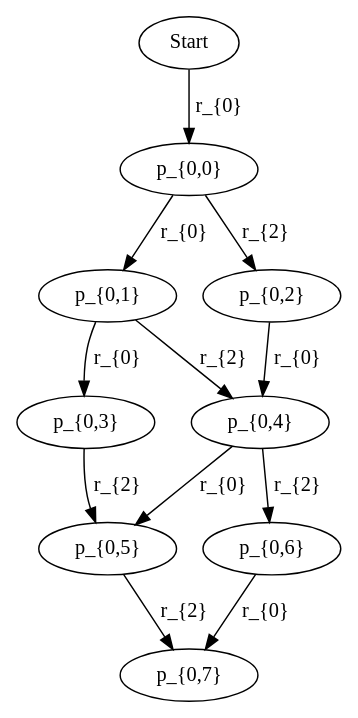
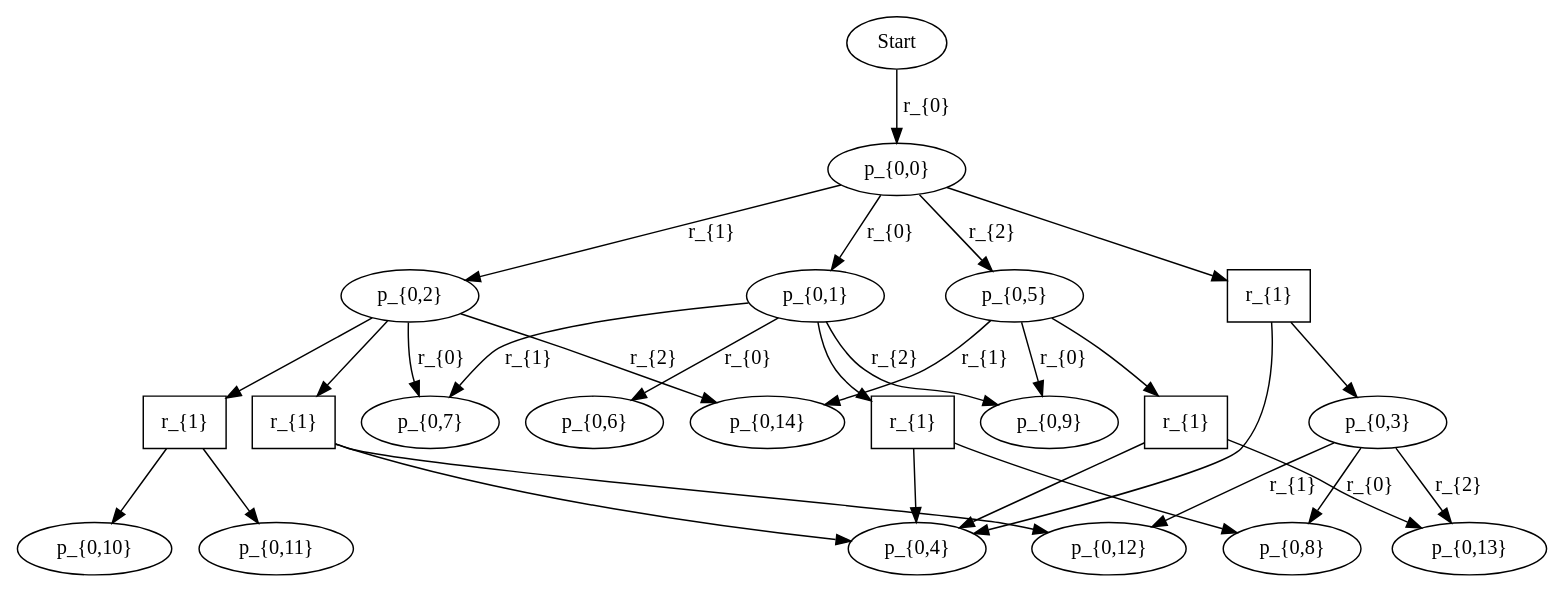
One commit to lazh01/Kemoinformatik changed the diagram in catalan/out/032_dg_0_10100.dot. Above: the diagram before and after it, drawn with Graphviz. The commit also changed 259 other files, not shown here.

```diff
--- a/catalan/out/032_dg_0_10100.dot
+++ b/catalan/out/032_dg_0_10100.dot
@@ -1,43 +1,93 @@
 digraph g {
 
 // id = 0, graphName = Start
 "0-0" [ shape=ellipse label="Start" ];
 // id = 1, graphName = p_{0,0}
 "1-0" [ shape=ellipse label="p_{0,0}" ];
 // id = 3, graphName = p_{0,1}
 "3-0" [ shape=ellipse label="p_{0,1}" ];
 // id = 5, graphName = p_{0,2}
 "5-0" [ shape=ellipse label="p_{0,2}" ];
 // id = 7, graphName = p_{0,3}
 "7-0" [ shape=ellipse label="p_{0,3}" ];
-// id = 9, graphName = p_{0,4}
-"9-0" [ shape=ellipse label="p_{0,4}" ];
-// id = 12, graphName = p_{0,5}
-"12-0" [ shape=ellipse label="p_{0,5}" ];
-// id = 15, graphName = p_{0,6}
-"15-0" [ shape=ellipse label="p_{0,6}" ];
-// id = 17, graphName = p_{0,7}
-"17-0" [ shape=ellipse label="p_{0,7}" ];
+// id = 8, graphName = p_{0,4}
+"8-0" [ shape=ellipse label="p_{0,4}" ];
+// id = 10, graphName = p_{0,5}
+"10-0" [ shape=ellipse label="p_{0,5}" ];
+// id = 12, graphName = p_{0,6}
+"12-0" [ shape=ellipse label="p_{0,6}" ];
+// id = 14, graphName = p_{0,7}
+"14-0" [ shape=ellipse label="p_{0,7}" ];
+// id = 16, graphName = p_{0,8}
+"16-0" [ shape=ellipse label="p_{0,8}" ];
+// id = 18, graphName = p_{0,9}
+"18-0" [ shape=ellipse label="p_{0,9}" ];
+// id = 22, graphName = p_{0,10}
+"22-0" [ shape=ellipse label="p_{0,10}" ];
+// id = 23, graphName = p_{0,11}
+"23-0" [ shape=ellipse label="p_{0,11}" ];
+// id = 25, graphName = p_{0,12}
+"25-0" [ shape=ellipse label="p_{0,12}" ];
+// id = 28, graphName = p_{0,13}
+"28-0" [ shape=ellipse label="p_{0,13}" ];
+// id = 30, graphName = p_{0,14}
+"30-0" [ shape=ellipse label="p_{0,14}" ];
+// id = 9{ 'p_{0,0}' }, 'RemoveSingleR', { 'p_{0,3}' 'p_{0,4}' }
+"9-0" [ shape=box label="r_{1}" ];
+// id = 21{ 'p_{0,1}' }, 'RemoveSingleR', { 'p_{0,4}' 'p_{0,8}' }
+"21-0" [ shape=box label="r_{1}" ];
+// id = 24{ 'p_{0,2}' }, 'RemoveSingleR', { 'p_{0,10}' 'p_{0,11}' }
+"24-0" [ shape=box label="r_{1}" ];
+// id = 26{ 'p_{0,2}' }, 'RemoveSingleR', { 'p_{0,4}' 'p_{0,12}' }
+"26-0" [ shape=box label="r_{1}" ];
+// id = 29{ 'p_{0,5}' }, 'RemoveSingleR', { 'p_{0,4}' 'p_{0,13}' }
+"29-0" [ shape=box label="r_{1}" ];
 // id = 2{ 'Start' }, 'Mark for conversion', { 'p_{0,0}' }
 "0-0" -> "1-0" [ label="r_{0}" ];
 // id = 4{ 'p_{0,0}' }, 'Mark for conversion', { 'p_{0,1}' }
 "1-0" -> "3-0" [ label="r_{0}" ];
-// id = 6{ 'p_{0,0}' }, 'reattachExternalEdge', { 'p_{0,2}' }
-"1-0" -> "5-0" [ label="r_{2}" ];
-// id = 8{ 'p_{0,1}' }, 'Mark for conversion', { 'p_{0,3}' }
-"3-0" -> "7-0" [ label="r_{0}" ];
-// id = 10{ 'p_{0,2}' }, 'Mark for conversion', { 'p_{0,4}' }
-"5-0" -> "9-0" [ label="r_{0}" ];
-// id = 11{ 'p_{0,1}' }, 'reattachExternalEdge', { 'p_{0,4}' }
-"3-0" -> "9-0" [ label="r_{2}" ];
-// id = 13{ 'p_{0,4}' }, 'Mark for conversion', { 'p_{0,5}' }
-"9-0" -> "12-0" [ label="r_{0}" ];
-// id = 14{ 'p_{0,3}' }, 'reattachExternalEdge', { 'p_{0,5}' }
-"7-0" -> "12-0" [ label="r_{2}" ];
-// id = 16{ 'p_{0,4}' }, 'reattachExternalEdge', { 'p_{0,6}' }
-"9-0" -> "15-0" [ label="r_{2}" ];
-// id = 18{ 'p_{0,6}' }, 'Mark for conversion', { 'p_{0,7}' }
-"15-0" -> "17-0" [ label="r_{0}" ];
-// id = 19{ 'p_{0,5}' }, 'reattachExternalEdge', { 'p_{0,7}' }
-"12-0" -> "17-0" [ label="r_{2}" ];
+// id = 6{ 'p_{0,0}' }, 'RemoveSingleR', { 'p_{0,2}' }
+"1-0" -> "5-0" [ label="r_{1}" ];
+// id = 9{ 'p_{0,0}' }, 'RemoveSingleR', { 'p_{0,3}' 'p_{0,4}' }
+"1-0" -> "9-0" [ ];
+"9-0" -> "7-0" [ ];
+"9-0" -> "8-0" [ ];
+// id = 11{ 'p_{0,0}' }, 'reattachExternalEdge', { 'p_{0,5}' }
+"1-0" -> "10-0" [ label="r_{2}" ];
+// id = 13{ 'p_{0,1}' }, 'Mark for conversion', { 'p_{0,6}' }
+"3-0" -> "12-0" [ label="r_{0}" ];
+// id = 15{ 'p_{0,2}' }, 'Mark for conversion', { 'p_{0,7}' }
+"5-0" -> "14-0" [ label="r_{0}" ];
+// id = 17{ 'p_{0,3}' }, 'Mark for conversion', { 'p_{0,8}' }
+"7-0" -> "16-0" [ label="r_{0}" ];
+// id = 19{ 'p_{0,5}' }, 'Mark for conversion', { 'p_{0,9}' }
+"10-0" -> "18-0" [ label="r_{0}" ];
+// id = 20{ 'p_{0,1}' }, 'RemoveSingleR', { 'p_{0,7}' }
+"3-0" -> "14-0" [ label="r_{1}" ];
+// id = 21{ 'p_{0,1}' }, 'RemoveSingleR', { 'p_{0,4}' 'p_{0,8}' }
+"3-0" -> "21-0" [ ];
+"21-0" -> "8-0" [ ];
+"21-0" -> "16-0" [ ];
+// id = 24{ 'p_{0,2}' }, 'RemoveSingleR', { 'p_{0,10}' 'p_{0,11}' }
+"5-0" -> "24-0" [ ];
+"24-0" -> "22-0" [ ];
+"24-0" -> "23-0" [ ];
+// id = 26{ 'p_{0,2}' }, 'RemoveSingleR', { 'p_{0,4}' 'p_{0,12}' }
+"5-0" -> "26-0" [ ];
+"26-0" -> "8-0" [ ];
+"26-0" -> "25-0" [ ];
+// id = 27{ 'p_{0,3}' }, 'RemoveSingleR', { 'p_{0,12}' }
+"7-0" -> "25-0" [ label="r_{1}" ];
+// id = 29{ 'p_{0,5}' }, 'RemoveSingleR', { 'p_{0,4}' 'p_{0,13}' }
+"10-0" -> "29-0" [ ];
+"29-0" -> "8-0" [ ];
+"29-0" -> "28-0" [ ];
+// id = 31{ 'p_{0,5}' }, 'RemoveSingleR', { 'p_{0,14}' }
+"10-0" -> "30-0" [ label="r_{1}" ];
+// id = 32{ 'p_{0,1}' }, 'reattachExternalEdge', { 'p_{0,9}' }
+"3-0" -> "18-0" [ label="r_{2}" ];
+// id = 33{ 'p_{0,2}' }, 'reattachExternalEdge', { 'p_{0,14}' }
+"5-0" -> "30-0" [ label="r_{2}" ];
+// id = 34{ 'p_{0,3}' }, 'reattachExternalEdge', { 'p_{0,13}' }
+"7-0" -> "28-0" [ label="r_{2}" ];
 }
```
